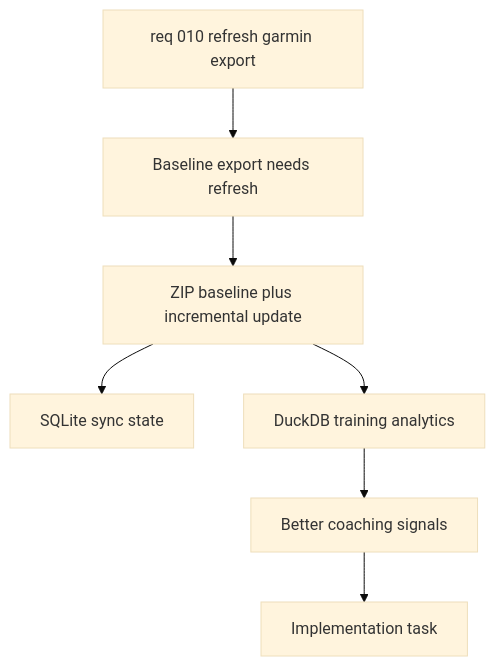
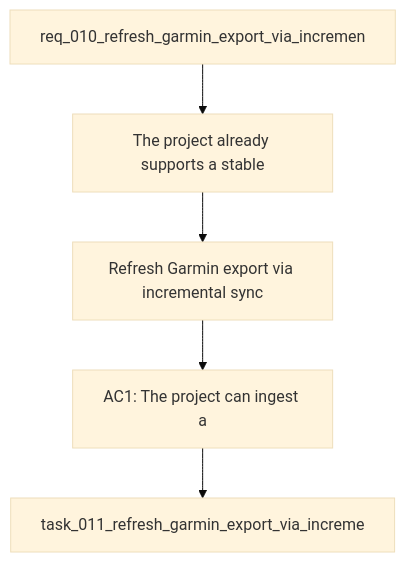
Before and after one commit to Jilanos/Coach_garmin: the diagram in logics/backlog/item_011_refresh_garmin_export_via_incremental_sync_and_harden_training_data_foundation.md, drawn with Mermaid (base theme). The commit also changed other lines of this file and 86 other files, not shown here.

Commit message:
Harden chart UX and UTF-8 handling

````diff
--- a/logics/backlog/item_011_refresh_garmin_export_via_incremental_sync_and_harden_training_data_foundation.md
+++ b/logics/backlog/item_011_refresh_garmin_export_via_incremental_sync_and_harden_training_data_foundation.md
@@ -32,11 +32,9 @@
 ```mermaid
 %% logics-kind: backlog
 %% logics-signature: backlog|refresh-garmin-export-via-incremental-sy|req-010-refresh-garmin-export-via-increm|the-project-already-supports-a-stable|ac1-the-project-can-ingest-a
 flowchart TD
-    Request[req 010 refresh garmin export] --> Problem[Baseline export needs refresh]
-    Problem --> Scope[ZIP baseline plus incremental update]
-    Scope --> State[SQLite sync state]
-    Scope --> Analytics[DuckDB training analytics]
-    Analytics --> Coach[Better coaching signals]
-    Coach --> Task[Implementation task]
+    Request[req_010_refresh_garmin_export_via_incremen] --> Problem[The project already supports a stable]
+    Problem --> Scope[Refresh Garmin export via incremental sync]
+    Scope --> Acceptance[AC1: The project can ingest a]
+    Acceptance --> Tasks[task_011_refresh_garmin_export_via_increme]
 ```
````
